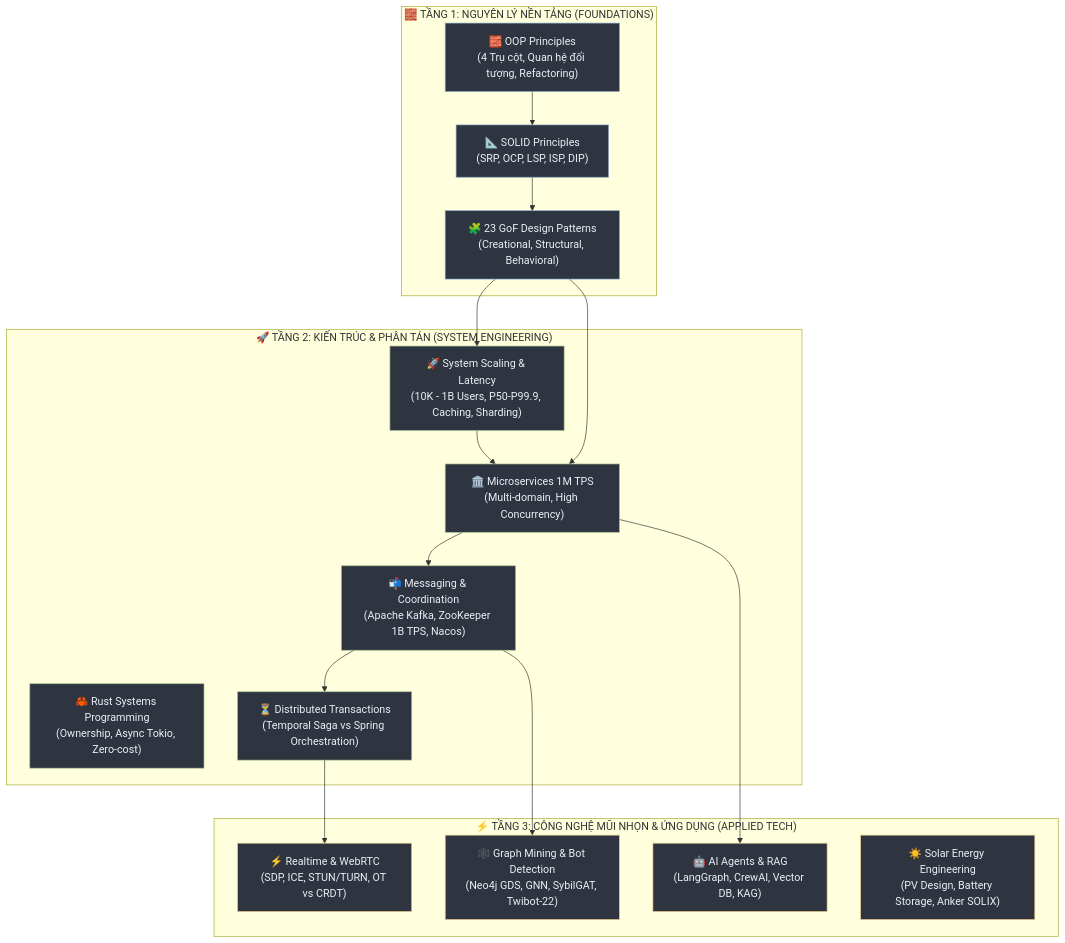
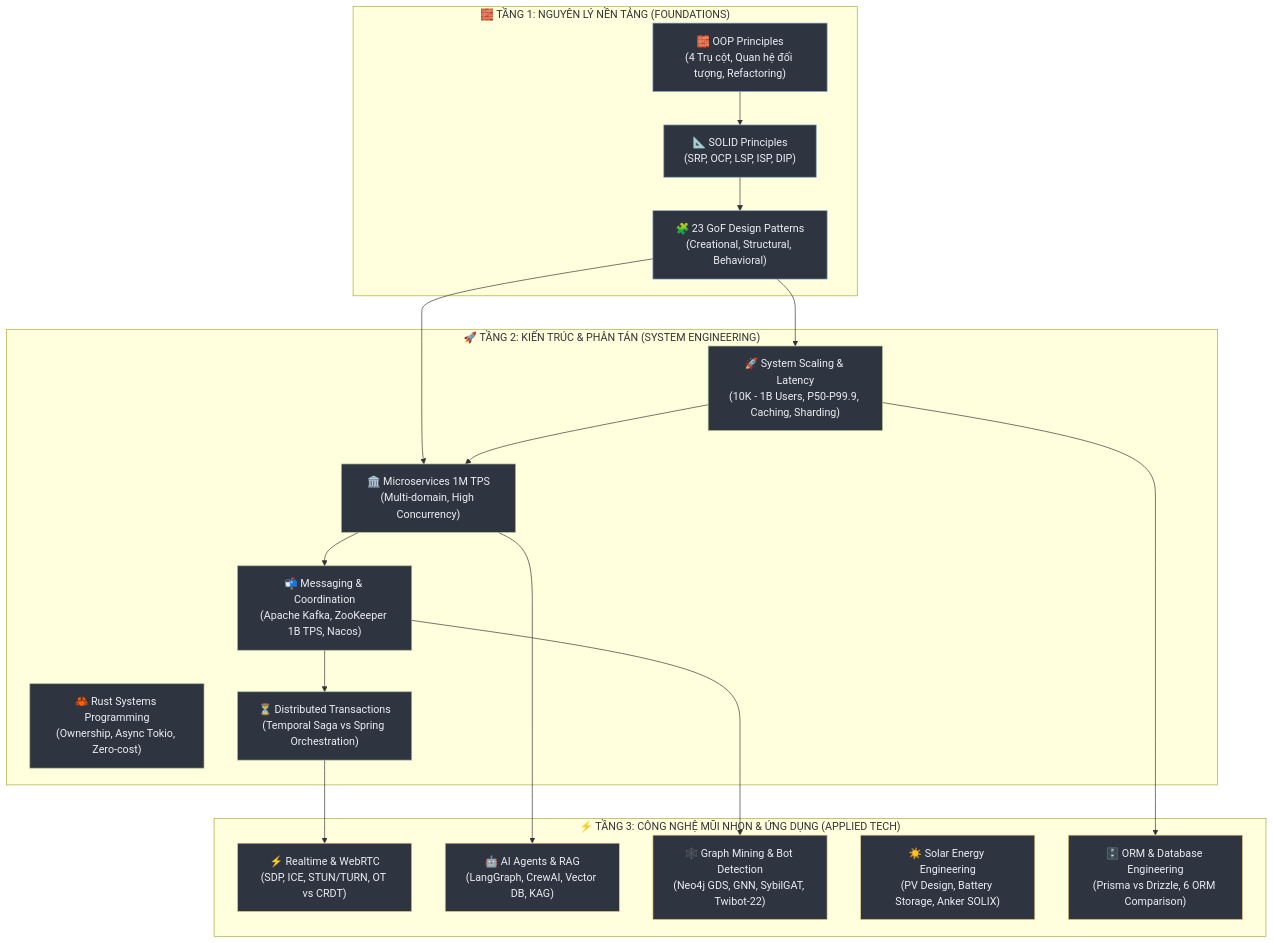
One commit to nguyentthai96/research_docs changed the diagram in index.md. Above: the diagram before and after it, drawn with Mermaid. The commit also changed other lines of this file and 4 other files, not shown here.

First line of the commit message:
docs: add ORM & Database Engineering section with 2 new guides

````diff
--- a/index.md
+++ b/index.md
@@ -67,40 +71,42 @@
 ```mermaid
 graph TD
     subgraph T1["🧱 TẦNG 1: NGUYÊN LÝ NỀN TẢNG (FOUNDATIONS)"]
         OOP["🧱 OOP Principles<br/>(4 Trụ cột, Quan hệ đối tượng, Refactoring)"]
         SOLID["📐 SOLID Principles<br/>(SRP, OCP, LSP, ISP, DIP)"]
         GoF["🧩 23 GoF Design Patterns<br/>(Creational, Structural, Behavioral)"]
         OOP --> SOLID --> GoF
     end
 
     subgraph T2["🚀 TẦNG 2: KIẾN TRÚC & PHÂN TÁN (SYSTEM ENGINEERING)"]
         Scaling["🚀 System Scaling & Latency<br/>(10K - 1B Users, P50-P99.9, Caching, Sharding)"]
         Rust["🦀 Rust Systems Programming<br/>(Ownership, Async Tokio, Zero-cost)"]
         Micro["🏛️ Microservices 1M TPS<br/>(Multi-domain, High Concurrency)"]
         MQ["📬 Messaging & Coordination<br/>(Apache Kafka, ZooKeeper 1B TPS, Nacos)"]
         Saga["⏳ Distributed Transactions<br/>(Temporal Saga vs Spring Orchestration)"]
         
         GoF --> Scaling
         GoF --> Micro
         Scaling --> Micro
         Micro --> MQ --> Saga
     end
 
     subgraph T3["⚡ TẦNG 3: CÔNG NGHỆ MŨI NHỌN & ỨNG DỤNG (APPLIED TECH)"]
         Realtime["⚡ Realtime & WebRTC<br/>(SDP, ICE, STUN/TURN, OT vs CRDT)"]
         AI["🤖 AI Agents & RAG<br/>(LangGraph, CrewAI, Vector DB, KAG)"]
         Graph["🕸️ Graph Mining & Bot Detection<br/>(Neo4j GDS, GNN, SybilGAT, Twibot-22)"]
         Solar["☀️ Solar Energy Engineering<br/>(PV Design, Battery Storage, Anker SOLIX)"]
+        ORM["🗄️ ORM & Database Engineering<br/>(Prisma vs Drizzle, 6 ORM Comparison)"]
         
         Saga --> Realtime
         Micro --> AI
         MQ --> Graph
+        Scaling --> ORM
     end
 
     classDef t1 fill:#2e3440,stroke:#81a1c1,stroke-width:1px,color:#eceff4;
     classDef t2 fill:#2e3440,stroke:#a3be8c,stroke-width:1px,color:#eceff4;
     classDef t3 fill:#2e3440,stroke:#ebcb8b,stroke-width:1px,color:#eceff4;
     class OOP,SOLID,GoF t1;
     class Scaling,Rust,Micro,MQ,Saga t2;
-    class Realtime,AI,Graph,Solar t3;
+    class Realtime,AI,Graph,Solar,ORM t3;
 ```
````
